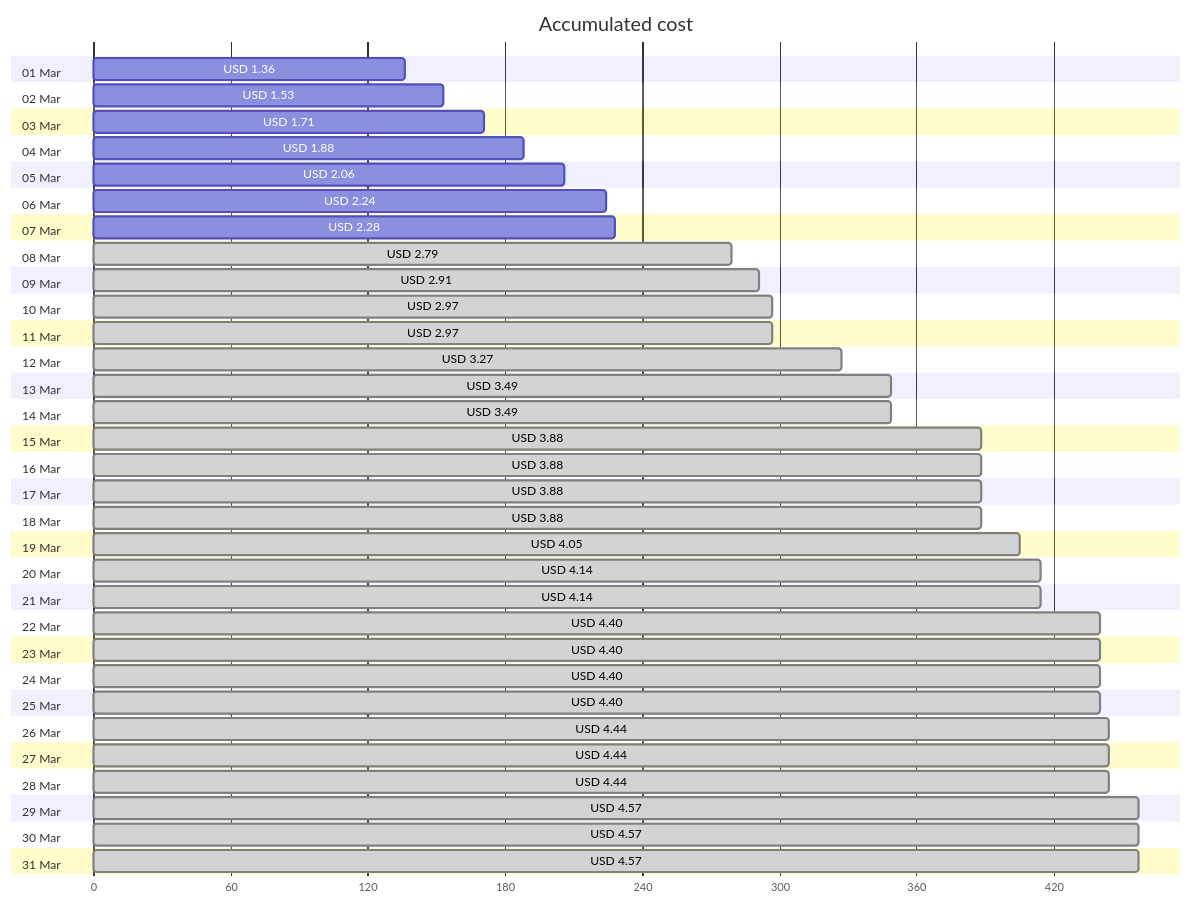
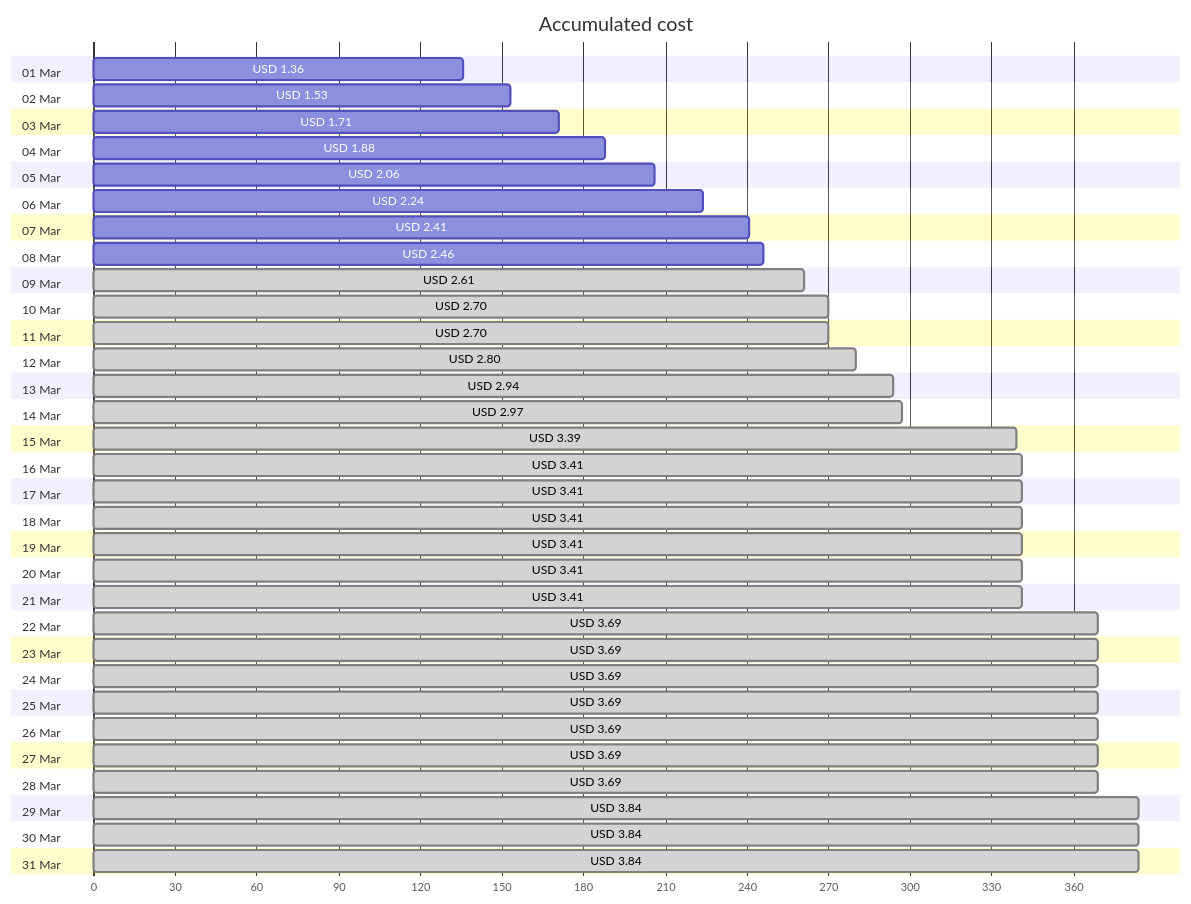
Before and after one commit to jpfulton/azure-personal-reports: the first of 4 diagrams in cost-reports/personal-network/vpn-server.md, drawn with Mermaid. The commit also changed other lines of this file and 7 other files, not shown here.

````diff
--- a/cost-reports/personal-network/vpn-server.md
+++ b/cost-reports/personal-network/vpn-server.md
@@ -20,68 +20,68 @@
 ```mermaid
 gantt
    title Accumulated cost
    dateFormat  X
    axisFormat %s
    section 01 Mar
    USD 1.36 :0, 136
    section 02 Mar
    USD 1.53 :0, 153
    section 03 Mar
    USD 1.71 :0, 171
    section 04 Mar
    USD 1.88 :0, 188
    section 05 Mar
    USD 2.06 :0, 206
    section 06 Mar
    USD 2.24 :0, 224
    section 07 Mar
-   USD 2.28 :0, 228
+   USD 2.41 :0, 241
    section 08 Mar
-   USD 2.79 : done, 0, 279
+   USD 2.46 :0, 246
    section 09 Mar
-   USD 2.91 : done, 0, 291
+   USD 2.61 : done, 0, 261
    section 10 Mar
+   USD 2.70 : done, 0, 270
+   section 11 Mar
+   USD 2.70 : done, 0, 270
+   section 12 Mar
+   USD 2.80 : done, 0, 280
+   section 13 Mar
+   USD 2.94 : done, 0, 294
+   section 14 Mar
    USD 2.97 : done, 0, 297
-   section 11 Mar
-   USD 2.97 : done, 0, 297
-   section 12 Mar
-   USD 3.27 : done, 0, 327
-   section 13 Mar
-   USD 3.49 : done, 0, 349
-   section 14 Mar
-   USD 3.49 : done, 0, 349
    section 15 Mar
-   USD 3.88 : done, 0, 388
+   USD 3.39 : done, 0, 339
    section 16 Mar
-   USD 3.88 : done, 0, 388
+   USD 3.41 : done, 0, 341
    section 17 Mar
-   USD 3.88 : done, 0, 388
+   USD 3.41 : done, 0, 341
    section 18 Mar
-   USD 3.88 : done, 0, 388
+   USD 3.41 : done, 0, 341
    section 19 Mar
-   USD 4.05 : done, 0, 405
+   USD 3.41 : done, 0, 341
    section 20 Mar
-   USD 4.14 : done, 0, 414
+   USD 3.41 : done, 0, 341
    section 21 Mar
-   USD 4.14 : done, 0, 414
+   USD 3.41 : done, 0, 341
    section 22 Mar
-   USD 4.40 : done, 0, 440
+   USD 3.69 : done, 0, 369
    section 23 Mar
-   USD 4.40 : done, 0, 440
+   USD 3.69 : done, 0, 369
    section 24 Mar
-   USD 4.40 : done, 0, 440
+   USD 3.69 : done, 0, 369
    section 25 Mar
-   USD 4.40 : done, 0, 440
+   USD 3.69 : done, 0, 369
    section 26 Mar
-   USD 4.44 : done, 0, 444
+   USD 3.69 : done, 0, 369
    section 27 Mar
-   USD 4.44 : done, 0, 444
+   USD 3.69 : done, 0, 369
    section 28 Mar
-   USD 4.44 : done, 0, 444
+   USD 3.69 : done, 0, 369
    section 29 Mar
-   USD 4.57 : done, 0, 457
+   USD 3.84 : done, 0, 384
    section 30 Mar
-   USD 4.57 : done, 0, 457
+   USD 3.84 : done, 0, 384
    section 31 Mar
-   USD 4.57 : done, 0, 457
+   USD 3.84 : done, 0, 384
 ```
````
